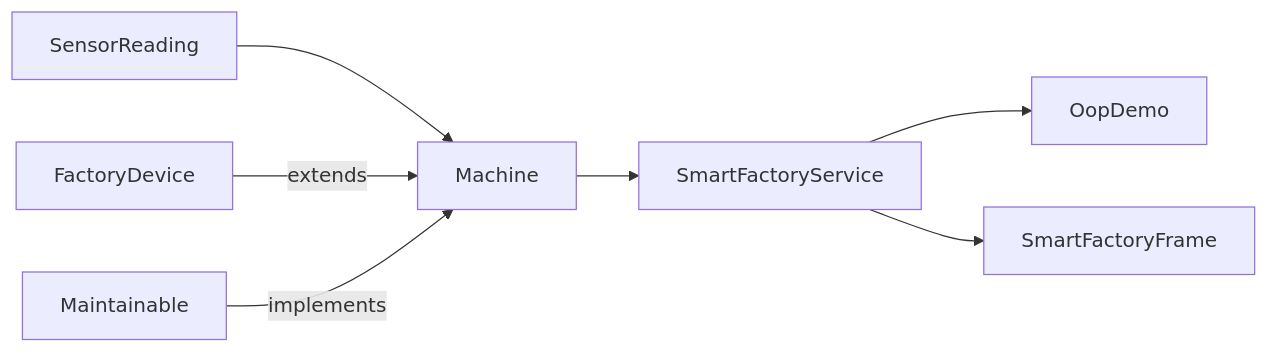
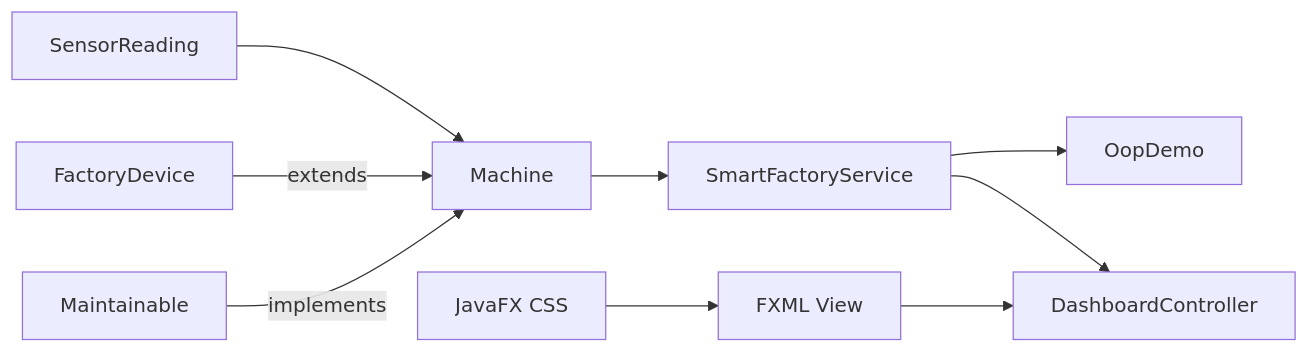
Before and after one commit to KOPE-SOLUTION/java-smart-solutions: the diagram in README.md, drawn with Mermaid. The commit also changed other lines of this file and 48 other files, not shown here.

````diff
--- a/README.md
+++ b/README.md
@@ -298,9 +297,11 @@
 ```mermaid
 flowchart LR
     Sensor[SensorReading] --> Machine
     Device[FactoryDevice] -->|extends| Machine
     Contract[Maintainable] -->|implements| Machine
     Machine --> Service[SmartFactoryService]
     Service --> Console[OopDemo]
-    Service --> UI[SmartFactoryFrame]
+    Service --> Controller[DashboardController]
+    FXML[FXML View] --> Controller
+    CSS[JavaFX CSS] --> FXML
 ```
````
